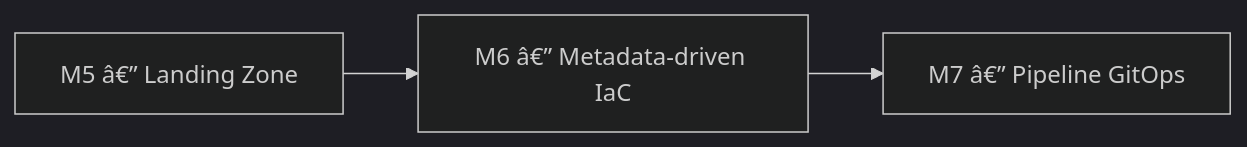
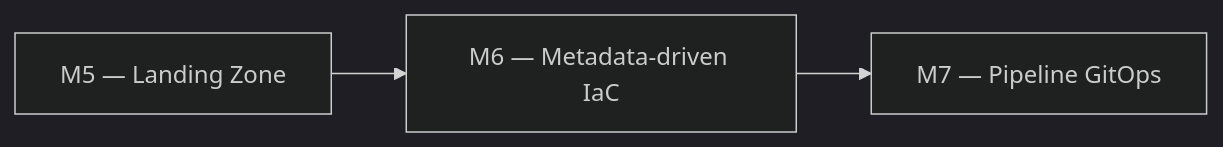
Before and after one commit to msellamiTN/data-plateform-iac: the diagram in courses/day-03/module-06-dynamic-logic/lab.md, drawn with Mermaid (dark theme). The commit also changed other lines of this file and 235 other files, not shown here.

````diff
--- a/courses/day-03/module-06-dynamic-logic/lab.md
+++ b/courses/day-03/module-06-dynamic-logic/lab.md
@@ -55,5 +55,5 @@
 ```mermaid
 flowchart LR
-    M5[M5 â€” Landing Zone] --> M6[M6 â€” Metadata-driven IaC]
-    M6 --> M7[M7 â€” Pipeline GitOps]
+    M5[M5 — Landing Zone] --> M6[M6 — Metadata-driven IaC]
+    M6 --> M7[M7 — Pipeline GitOps]
 ```
````
